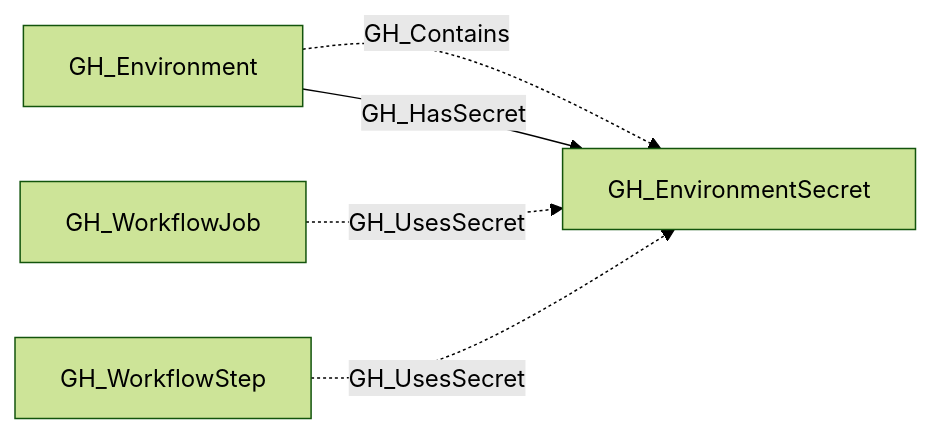
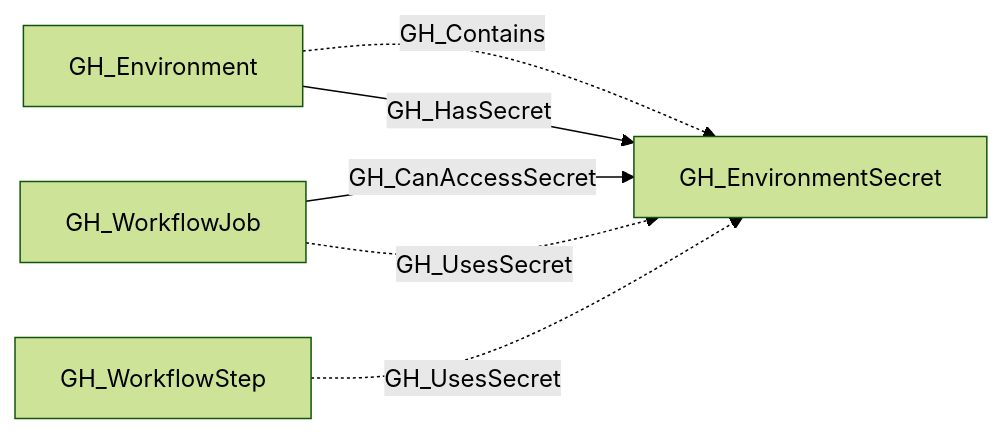
The first of 2 diagrams in docs/opengraph/extensions/github/nodes/gh_environmentsecret.mdx (SpecterOps/bloodhound-docs), drawn with Mermaid (forest theme) before and after one commit. The commit also changed other lines of this file and 33 other files, not shown here.

````diff
--- a/docs/opengraph/extensions/github/nodes/gh_environmentsecret.mdx
+++ b/docs/opengraph/extensions/github/nodes/gh_environmentsecret.mdx
@@ -34,11 +34,12 @@
 ```mermaid
 graph LR
     n0["GH_Environment"]
     n1["GH_EnvironmentSecret"]
     n2["GH_WorkflowJob"]
     n3["GH_WorkflowStep"]
     n0 -.->|GH_Contains| n1
     n0 -->|GH_HasSecret| n1
+    n2 -->|GH_CanAccessSecret| n1
     n2 -.->|GH_UsesSecret| n1
     n3 -.->|GH_UsesSecret| n1
 ```
````
